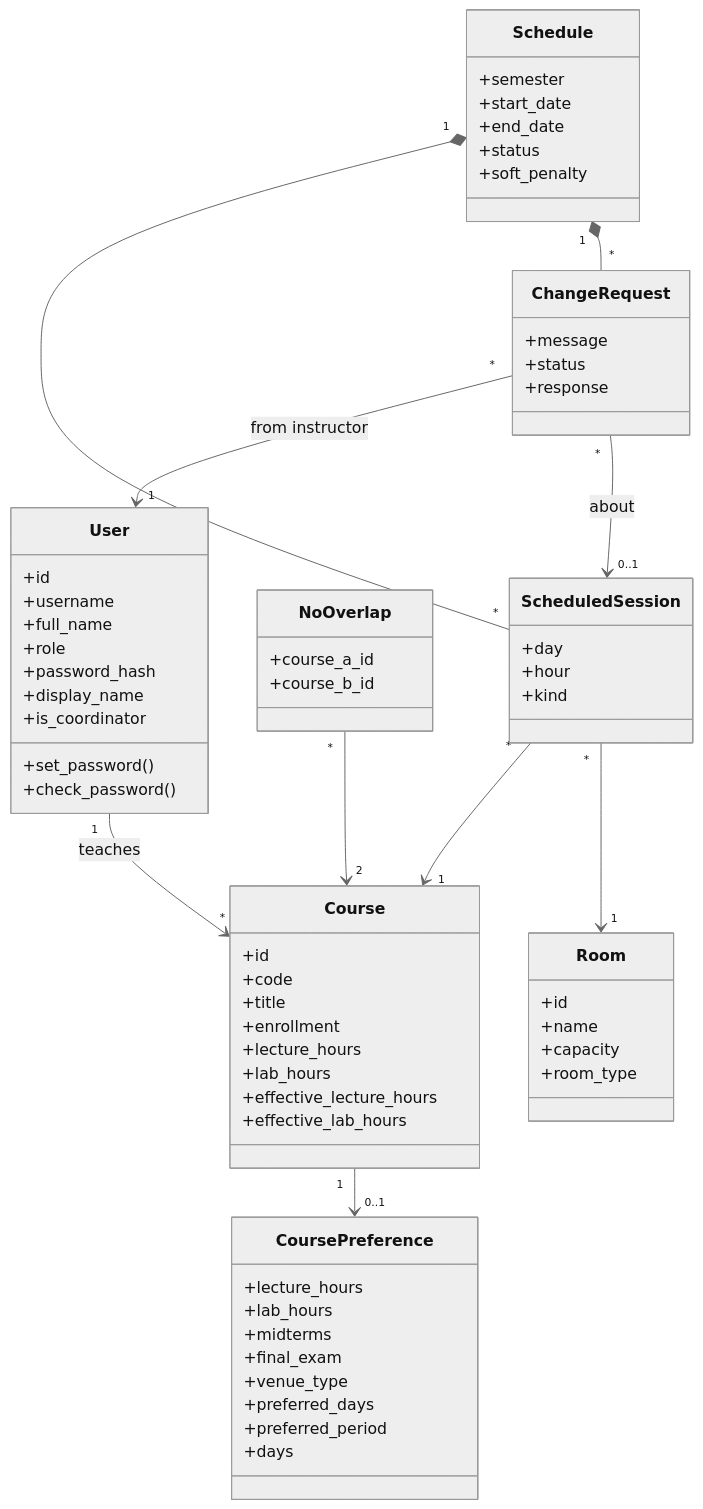
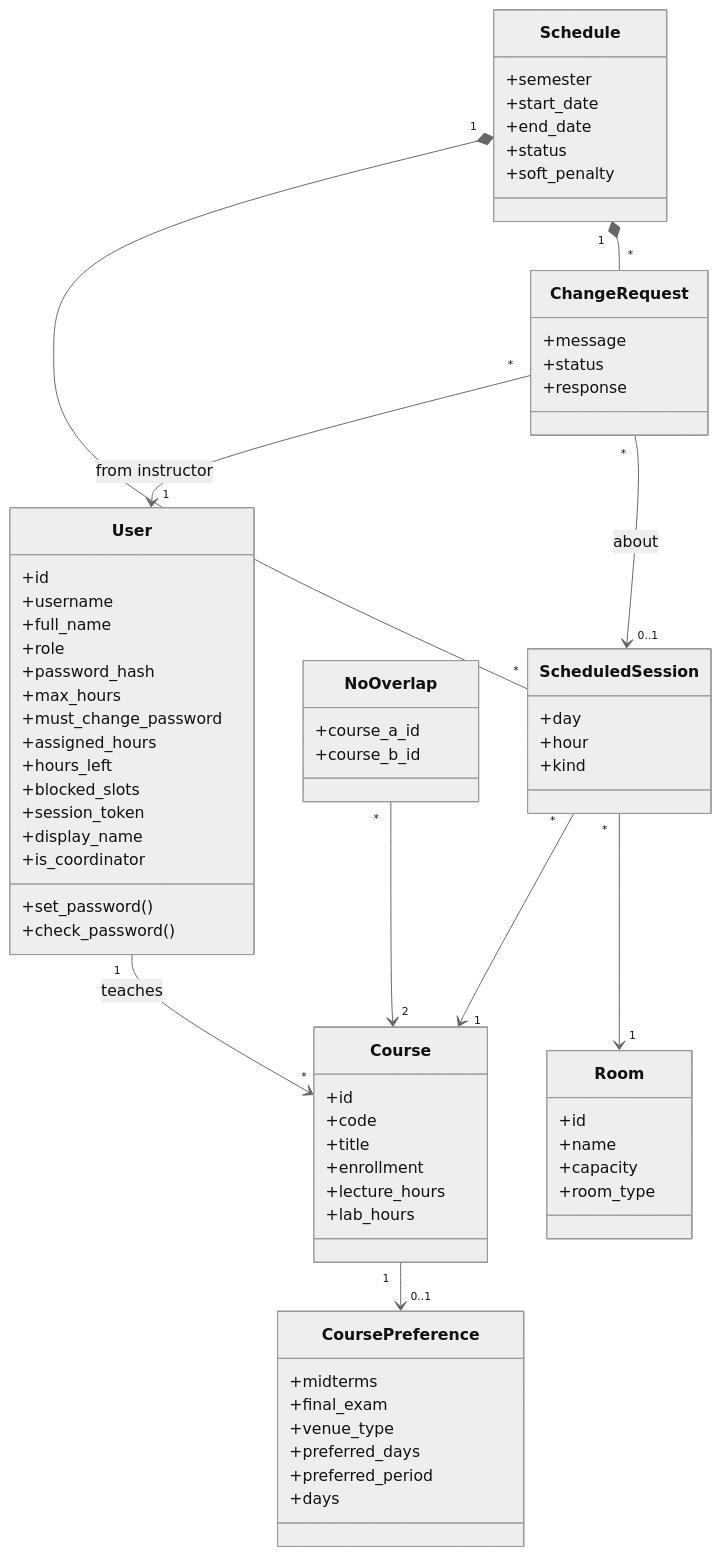
Before and after one commit to maruthi0/smart-scheduler: the second of 6 diagrams in docs/design.md, drawn with Mermaid (neutral theme). The commit also changed other lines of this file and 48 other files, not shown here.

````diff
--- a/docs/design.md
+++ b/docs/design.md
@@ -71,71 +75,73 @@
 ```mermaid
 classDiagram
     class User {
         +id
         +username
         +full_name
         +role
         +password_hash
+        +max_hours
+        +must_change_password
+        +assigned_hours
+        +hours_left
+        +blocked_slots
+        +session_token
         +display_name
         +is_coordinator
         +set_password()
         +check_password()
     }
     class Room {
         +id
         +name
         +capacity
         +room_type
     }
     class Course {
         +id
         +code
         +title
         +enrollment
         +lecture_hours
         +lab_hours
-        +effective_lecture_hours
-        +effective_lab_hours
     }
     class CoursePreference {
-        +lecture_hours
-        +lab_hours
         +midterms
         +final_exam
         +venue_type
         +preferred_days
         +preferred_period
         +days
     }
     class NoOverlap {
         +course_a_id
         +course_b_id
     }
     class Schedule {
         +semester
         +start_date
         +end_date
         +status
         +soft_penalty
     }
     class ScheduledSession {
         +day
         +hour
         +kind
     }
     class ChangeRequest {
         +message
         +status
         +response
     }
 
     User "1" --> "*" Course : teaches
     Course "1" --> "0..1" CoursePreference
     NoOverlap "*" --> "2" Course
     Schedule "1" *-- "*" ScheduledSession
     ScheduledSession "*" --> "1" Course
     ScheduledSession "*" --> "1" Room
     Schedule "1" *-- "*" ChangeRequest
     ChangeRequest "*" --> "1" User : from instructor
     ChangeRequest "*" --> "0..1" ScheduledSession : about
 ```
````
